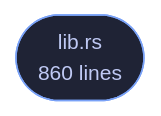
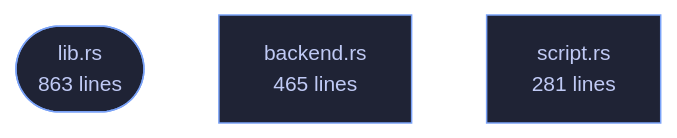
One commit to tilas01/veilvoice changed the diagram in crates/veilvoice-gnupg/README.md. Above: the diagram before and after it, drawn with Mermaid. The commit also changed other lines of this file and 94 other files, not shown here.

````diff
--- a/crates/veilvoice-gnupg/README.md
+++ b/crates/veilvoice-gnupg/README.md
@@ -107,6 +107,10 @@
 ```mermaid
 %%{init: {"theme":"base","themeVariables":{"background":"#1a1b26","primaryColor":"#1f2335","primaryTextColor":"#c0caf5","primaryBorderColor":"#7aa2f7","secondaryColor":"#16161e","tertiaryColor":"#16161e","lineColor":"#737aa2","textColor":"#c0caf5","mainBkg":"#1f2335","nodeBorder":"#7aa2f7","clusterBkg":"#16161e","clusterBorder":"#2f3549","fontFamily":"ui-monospace, SFMono-Regular, Consolas, monospace","fontSize":"14px"}}}%%
 flowchart TD
-    n_lib(["lib.rs<br/>860 lines"])
+    n_lib(["lib.rs<br/>863 lines"])
+    n_backend["backend.rs<br/>465 lines"]
+    n_script["script.rs<br/>281 lines"]
     click n_lib href "https://github.com/tilas01/veilvoice/blob/main/crates/veilvoice-gnupg/src/lib.rs" "open the source"
+    click n_backend href "https://github.com/tilas01/veilvoice/blob/main/crates/veilvoice-gnupg/src/backend.rs" "open the source"
+    click n_script href "https://github.com/tilas01/veilvoice/blob/main/crates/veilvoice-gnupg/src/script.rs" "open the source"
 ```
````
